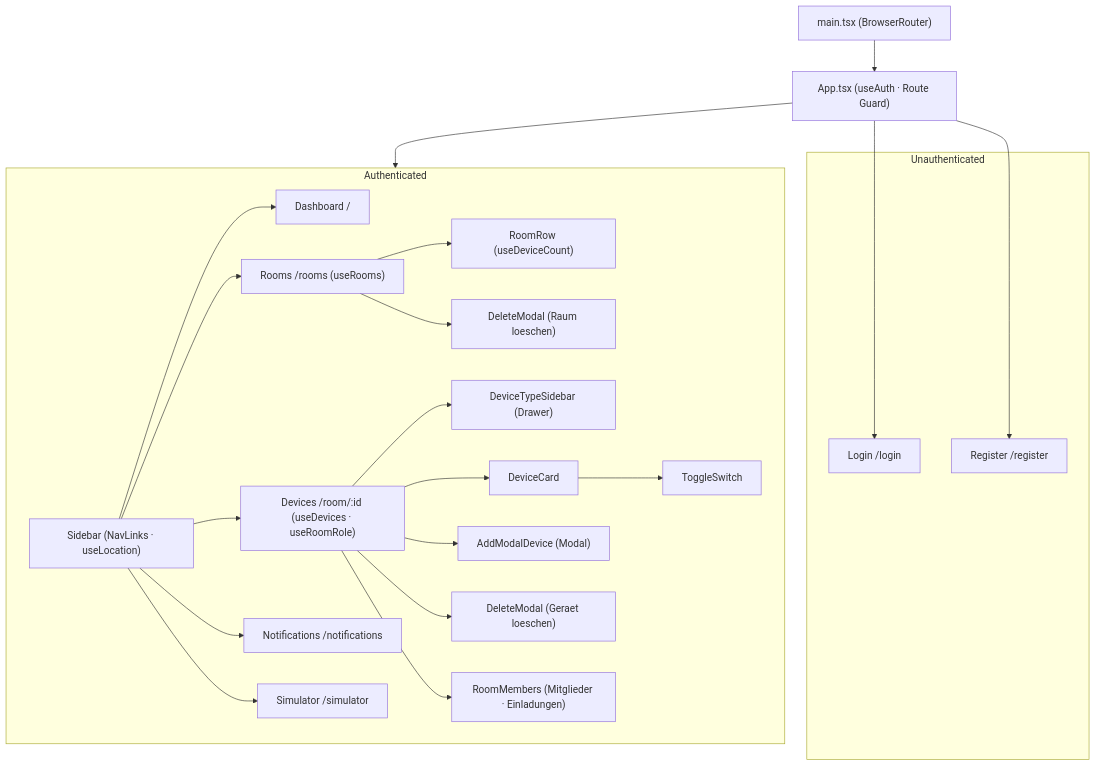
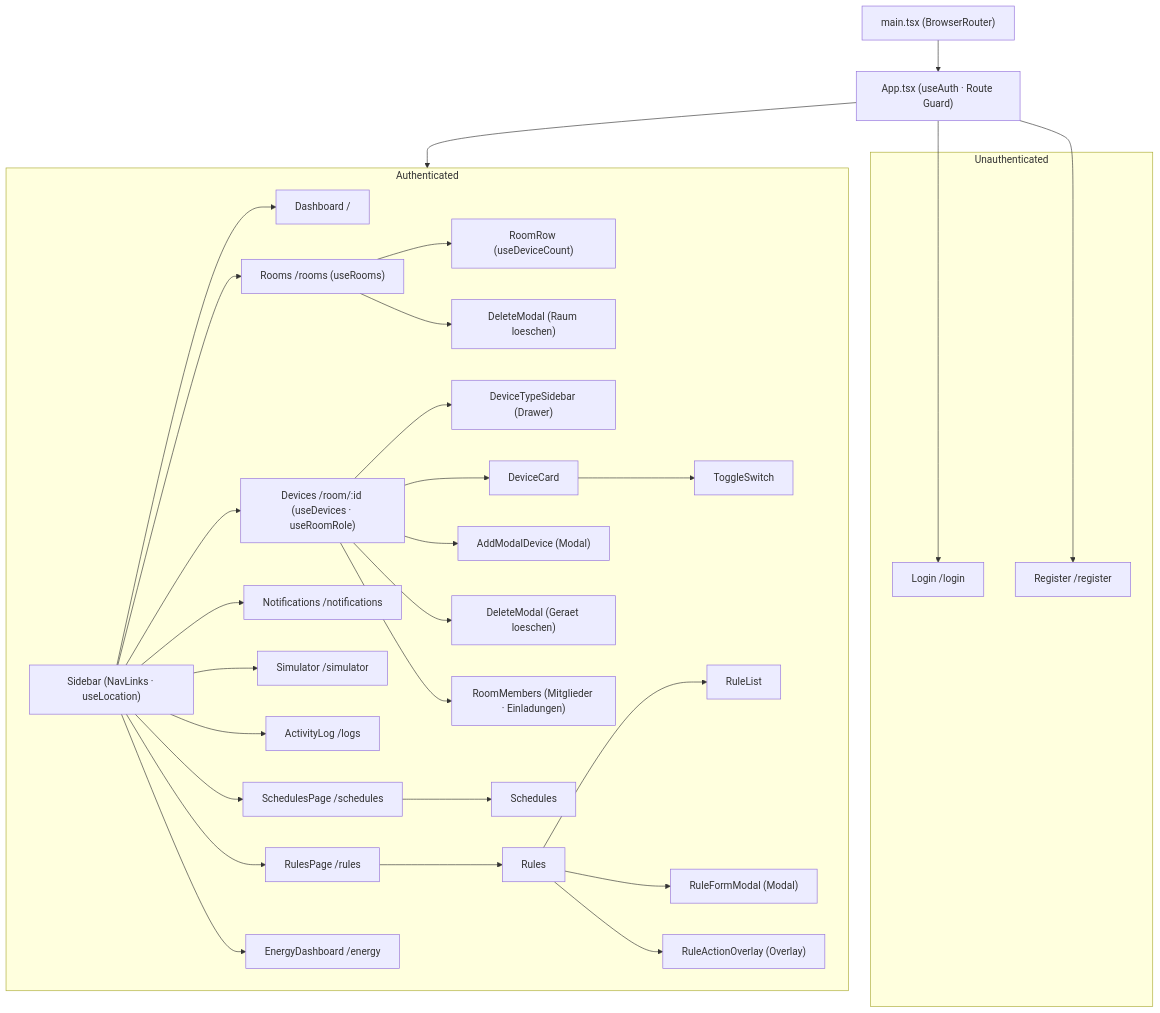
Before and after one commit to jku-win-se/teaching-2026.ss.prse.braeuer.team5: the first of 4 diagrams in docs/uml-diagram.md, drawn with Mermaid. The commit also changed other lines of this file, not shown here.

Commit message:
#86 [0.2h] Upgrade UML Diagramme fuer release v0.2.0

````diff
--- a/docs/uml-diagram.md
+++ b/docs/uml-diagram.md
@@ -5,48 +5,67 @@
 ```mermaid
 graph TD
     main["main.tsx (BrowserRouter)"]
     App["App.tsx (useAuth · Route Guard)"]
 
     subgraph Unauthenticated
         Login["Login /login"]
         Register["Register /register"]
     end
 
     subgraph Authenticated
         Sidebar["Sidebar (NavLinks · useLocation)"]
         Dashboard["Dashboard /"]
         Rooms["Rooms /rooms (useRooms)"]
         RoomRow["RoomRow (useDeviceCount)"]
         Devices["Devices /room/:id (useDevices · useRoomRole)"]
         Notifications["Notifications /notifications"]
         Simulator["Simulator /simulator"]
+        ActivityLog["ActivityLog /logs"]
+        SchedulesPage["SchedulesPage /schedules"]
+        RulesPage["RulesPage /rules"]
+        EnergyDashboard["EnergyDashboard /energy"]
         DeviceTypeSidebar["DeviceTypeSidebar (Drawer)"]
         DeviceCard["DeviceCard"]
         ToggleSwitch["ToggleSwitch"]
         AddModalDevice["AddModalDevice (Modal)"]
         DeleteModalDevices["DeleteModal (Geraet loeschen)"]
         DeleteModalRooms["DeleteModal (Raum loeschen)"]
         RoomMembers["RoomMembers (Mitglieder · Einladungen)"]
+        Schedules["Schedules"]
+        Rules["Rules"]
+        RuleList["RuleList"]
+        RuleFormModal["RuleFormModal (Modal)"]
+        RuleActionOverlay["RuleActionOverlay (Overlay)"]
     end
 
     main --> App
     App --> Login
     App --> Register
     App --> Authenticated
 
     Sidebar --> Dashboard
     Sidebar --> Rooms
     Sidebar --> Devices
     Sidebar --> Notifications
     Sidebar --> Simulator
+    Sidebar --> ActivityLog
+    Sidebar --> SchedulesPage
+    Sidebar --> RulesPage
+    Sidebar --> EnergyDashboard
 
     Rooms --> RoomRow
     Rooms --> DeleteModalRooms
 
     Devices --> DeviceTypeSidebar
     Devices --> DeviceCard
     Devices --> AddModalDevice
     Devices --> DeleteModalDevices
     Devices --> RoomMembers
     DeviceCard --> ToggleSwitch
+
+    SchedulesPage --> Schedules
+    RulesPage --> Rules
+    Rules --> RuleList
+    Rules --> RuleFormModal
+    Rules --> RuleActionOverlay
 ```
````
